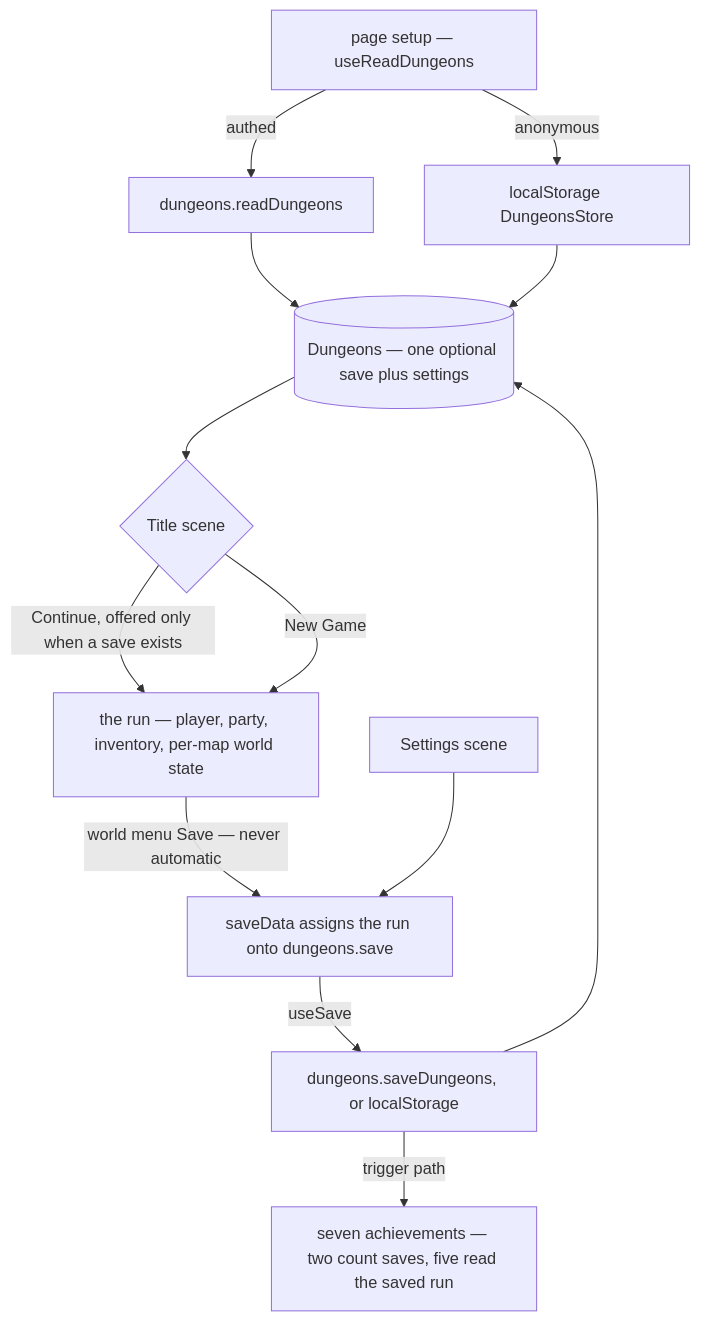
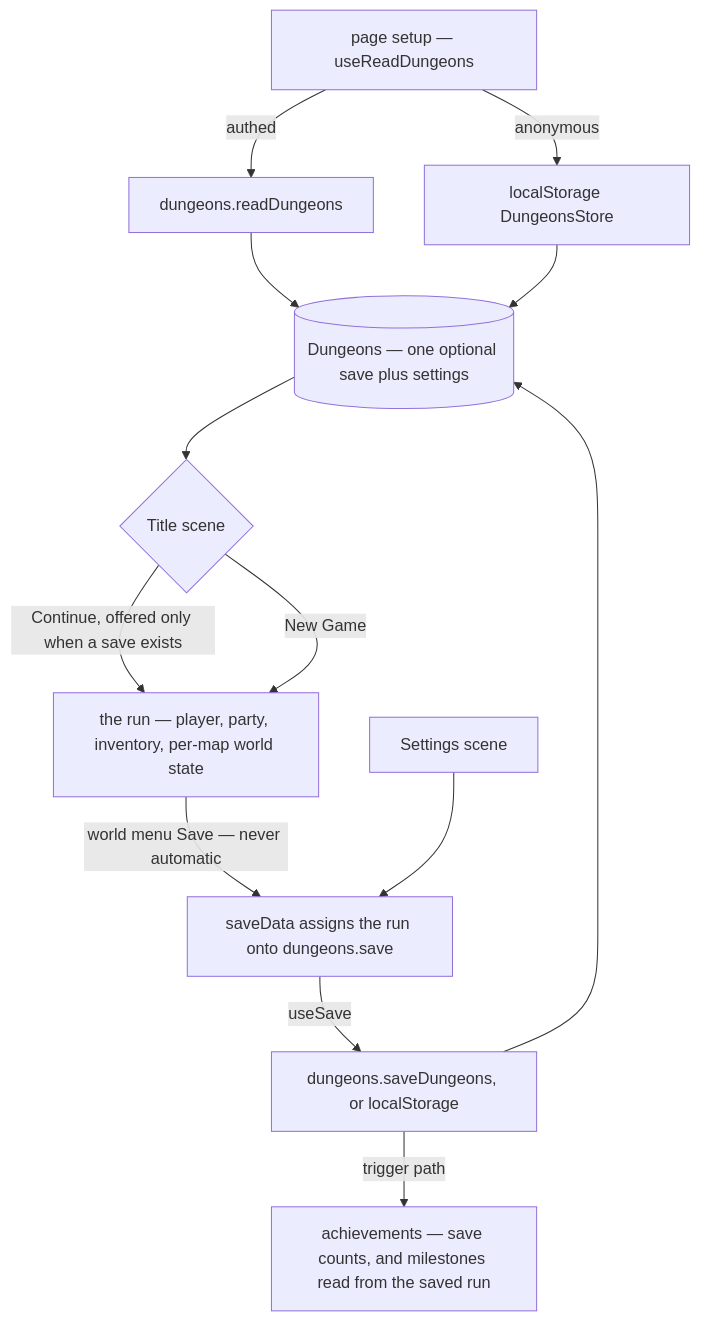
One commit to Esposter/Esposter changed the diagram in apps/web/content/docs/dungeons/saves-and-settings.md. Above: the diagram before and after it, drawn with Mermaid. The commit also changed 11 other files, not shown here.

````diff
--- a/apps/web/content/docs/dungeons/saves-and-settings.md
+++ b/apps/web/content/docs/dungeons/saves-and-settings.md
@@ -12,15 +12,15 @@
 ```mermaid
 flowchart TD
   setup["page setup — useReadDungeons"] -->|"authed"| readBlob["dungeons.readDungeons"]
   setup -->|"anonymous"| readLocal["localStorage DungeonsStore"]
   readBlob --> entity[("Dungeons — one optional save plus settings")]
   readLocal --> entity
   entity --> titleScene{"Title scene"}
   titleScene -->|"Continue, offered only when a save exists"| run["the run — player, party, inventory, per-map world state"]
   titleScene -->|"New Game"| run
   run -->|"world menu Save — never automatic"| saveData["saveData assigns the run onto dungeons.save"]
   settingsScene["Settings scene"] --> saveData
   saveData -->|"useSave"| write["dungeons.saveDungeons, or localStorage"]
   write --> entity
-  write -->|"trigger path"| achievements["seven achievements — two count saves, five read the saved run"]
+  write -->|"trigger path"| achievements["achievements — save counts, and milestones read from the saved run"]
 ```
````
